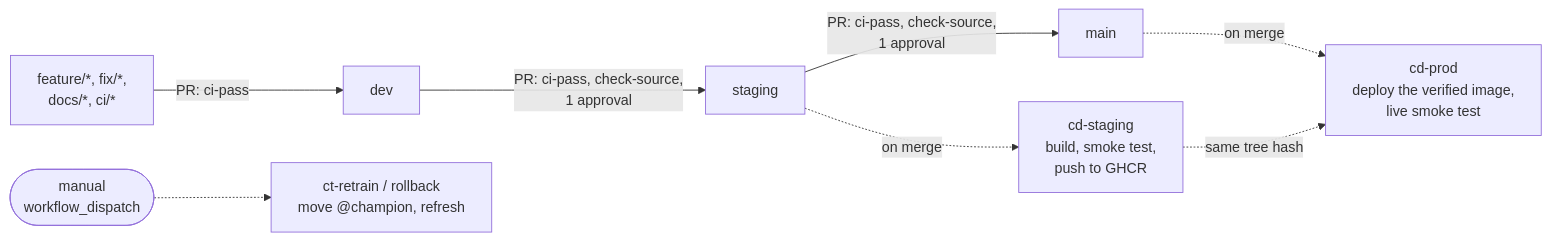
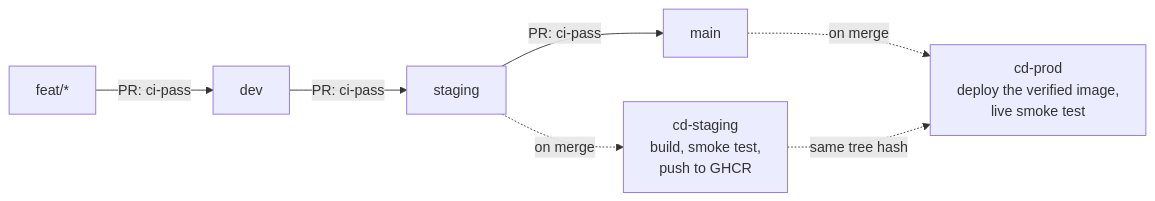
Before and after one commit to ChenAuCarre/enercast-mlops: the second of 2 diagrams in README.md, drawn with Mermaid.

Commit message:
docs: simplify the branch flow diagram

````diff
--- a/README.md
+++ b/README.md
@@ -52,10 +52,9 @@
 ```mermaid
 flowchart LR
-    F["feature/*, fix/*,<br/>docs/*, ci/*"] -- "PR: ci-pass" --> DEV["dev"]
-    DEV -- "PR: ci-pass, check-source,<br/>1 approval" --> STG["staging"]
-    STG -- "PR: ci-pass, check-source,<br/>1 approval" --> MAIN["main"]
+    F["feat/*"] -- "PR: ci-pass" --> DEV["dev"]
+    DEV -- "PR: ci-pass" --> STG["staging"]
+    STG -- "PR: ci-pass" --> MAIN["main"]
     STG -. "on merge" .-> CDS["cd-staging<br/>build, smoke test,<br/>push to GHCR"]
     MAIN -. "on merge" .-> CDP["cd-prod<br/>deploy the verified image,<br/>live smoke test"]
     CDS -. "same tree hash" .-> CDP
-    MAN(["manual<br/>workflow_dispatch"]) -.-> MW["ct-retrain / rollback<br/>move @champion, refresh"]
 ```
````
